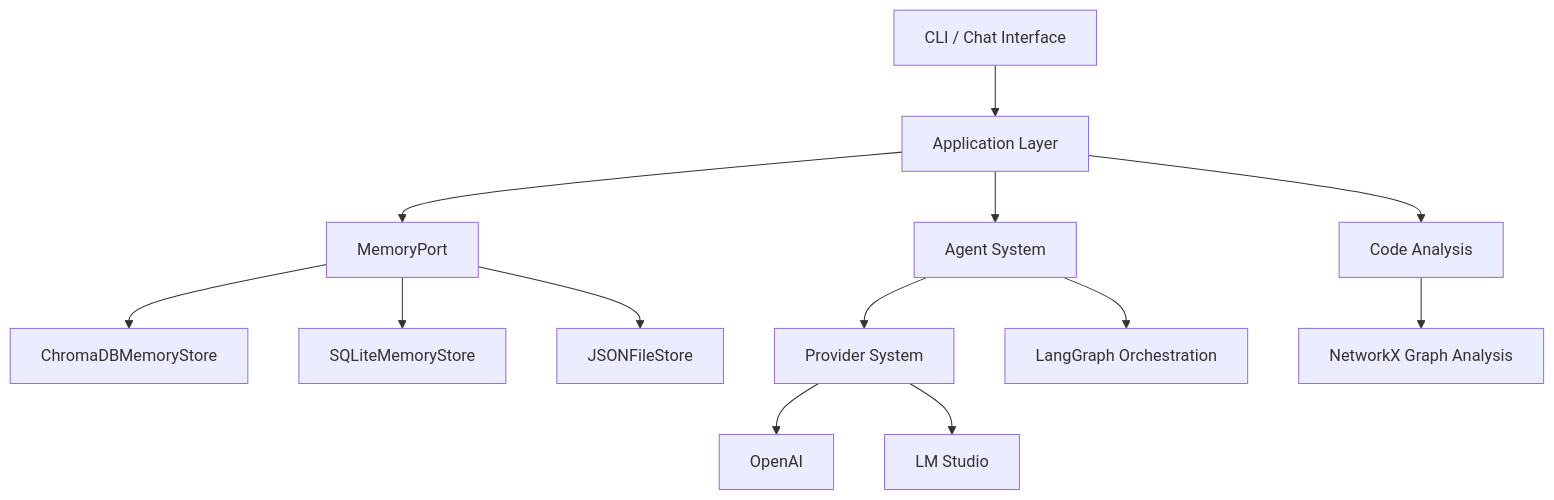
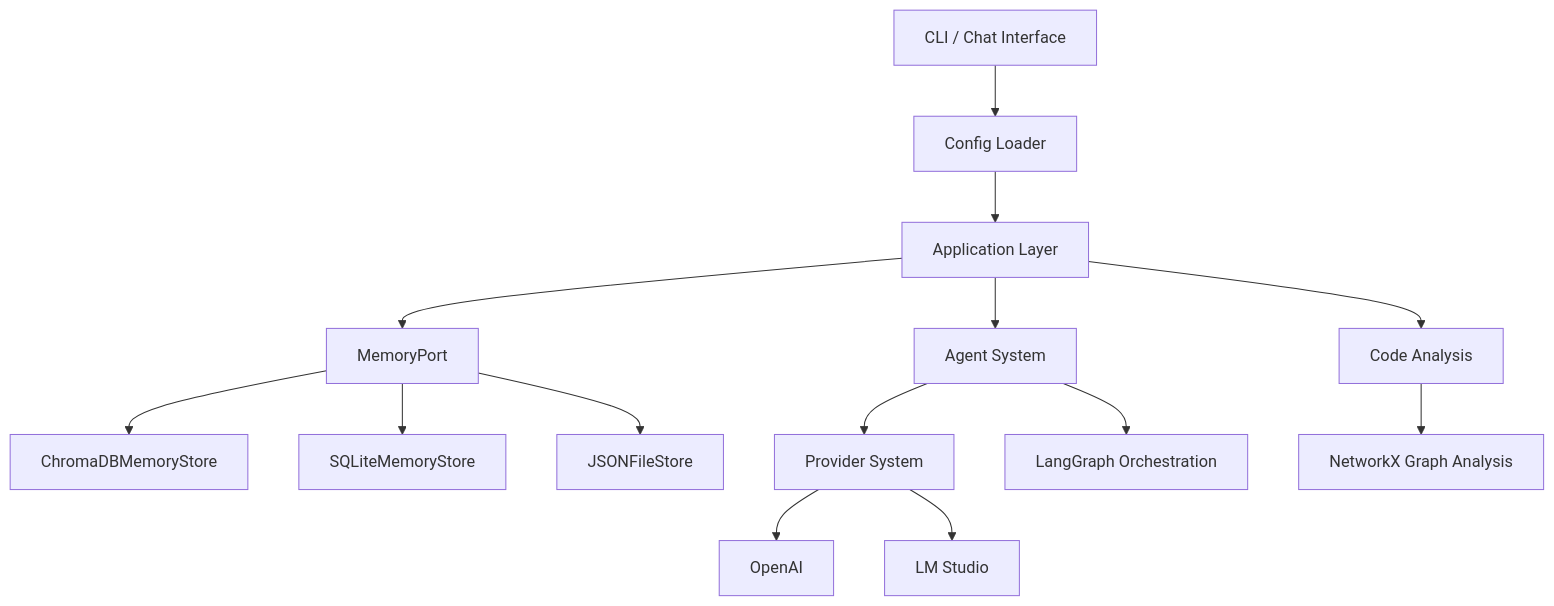
One commit to ravenoak/devsynth changed the diagram in docs/architecture/overview.md. Above: the diagram before and after it, drawn with Mermaid. The commit also changed other lines of this file and 9 other files, not shown here.

Commit message:
docs: update CLI references and diagrams

````diff
--- a/docs/architecture/overview.md
+++ b/docs/architecture/overview.md
@@ -33,15 +33,16 @@
 ```mermaid
 graph TD
-    A[CLI / Chat Interface] --> B[Application Layer]
-    B --> C[Agent System]
-    B --> D[Code Analysis]
-    B --> E[MemoryPort]
-    E --> F[ChromaDBMemoryStore]
-    E --> G[SQLiteMemoryStore]
-    E --> H[JSONFileStore]
-    C --> I[Provider System]
-    I --> J[OpenAI]
-    I --> K[LM Studio]
-    C --> L[LangGraph Orchestration]
-    D --> M[NetworkX Graph Analysis]
+    A[CLI / Chat Interface] --> B[Config Loader]
+    B --> C[Application Layer]
+    C --> D[Agent System]
+    C --> E[Code Analysis]
+    C --> F[MemoryPort]
+    F --> F1[ChromaDBMemoryStore]
+    F --> F2[SQLiteMemoryStore]
+    F --> F3[JSONFileStore]
+    D --> G[Provider System]
+    G --> H[OpenAI]
+    G --> I[LM Studio]
+    D --> J[LangGraph Orchestration]
+    E --> K[NetworkX Graph Analysis]
 ```
````
